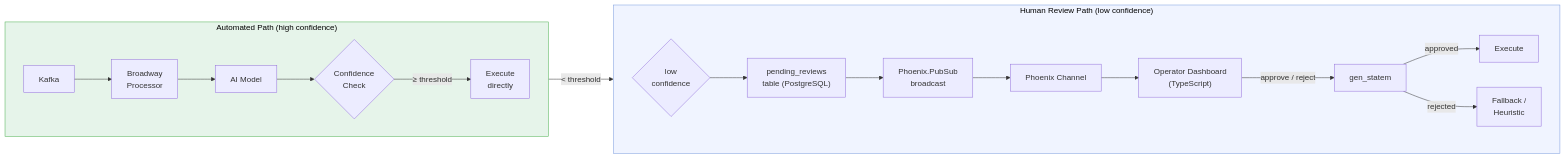
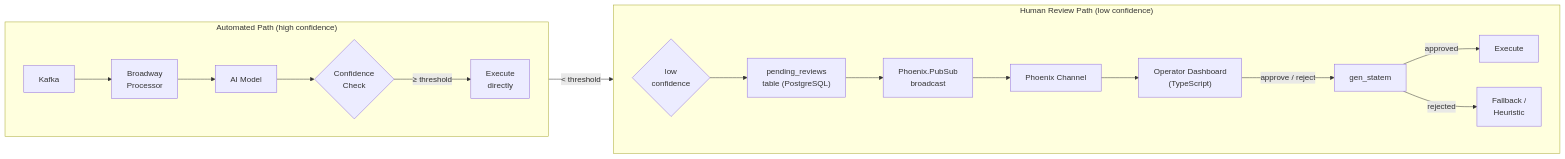
Before and after one commit to bchassoul/notes: the eighth of 24 diagrams in docs/notes/genstage-broadway-ai.md, drawn with Mermaid. The commit also changed other lines of this file and 9 other files, not shown here.

Commit message:
Add diagrams and visual improvements across all notes

````diff
--- a/docs/notes/genstage-broadway-ai.md
+++ b/docs/notes/genstage-broadway-ai.md
@@ -803,26 +796,24 @@
 ```mermaid
 flowchart LR
     subgraph Automated["Automated Path (high confidence)"]
         direction LR
         KA["Kafka"] --> BW["Broadway\nProcessor"]
         BW --> AI["AI Model"]
         AI --> CC{"Confidence\nCheck"}
         CC -->|"≥ threshold"| EX["Execute\ndirectly"]
     end
 
     subgraph Human["Human Review Path (low confidence)"]
         direction LR
         CC2{"low\nconfidence"} --> PR["pending_reviews\ntable (PostgreSQL)"]
         PR --> PS["Phoenix.PubSub\nbroadcast"]
         PS --> CH["Phoenix Channel"]
         CH --> OP["Operator Dashboard\n(TypeScript)"]
         OP -->|"approve / reject"| GS["gen_statem"]
         GS -->|"approved"| EX2["Execute"]
         GS -->|"rejected"| FB["Fallback /\nHeuristic"]
     end
 
     CC -->|"< threshold"| CC2
 
-    style Automated fill:#e6f4ea,stroke:#4caf50,color:#000
-    style Human fill:#f0f4ff,stroke:#7b9cde,color:#000
 ```
````
